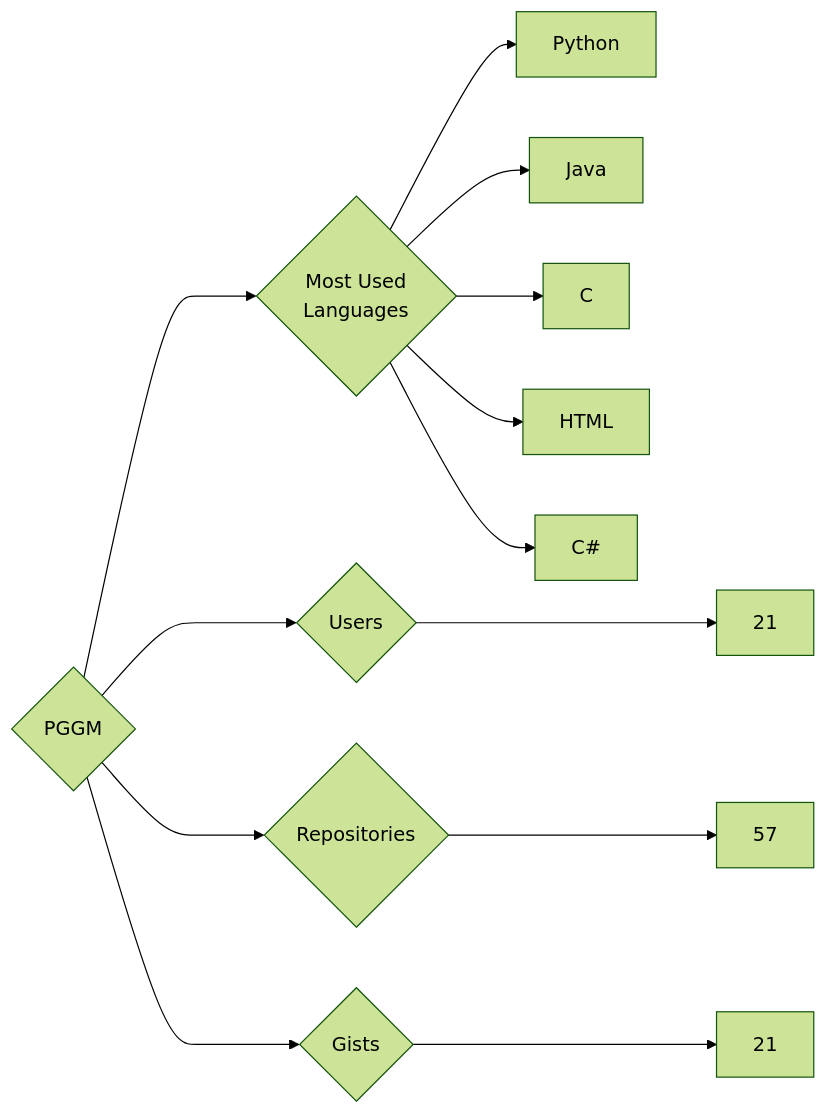
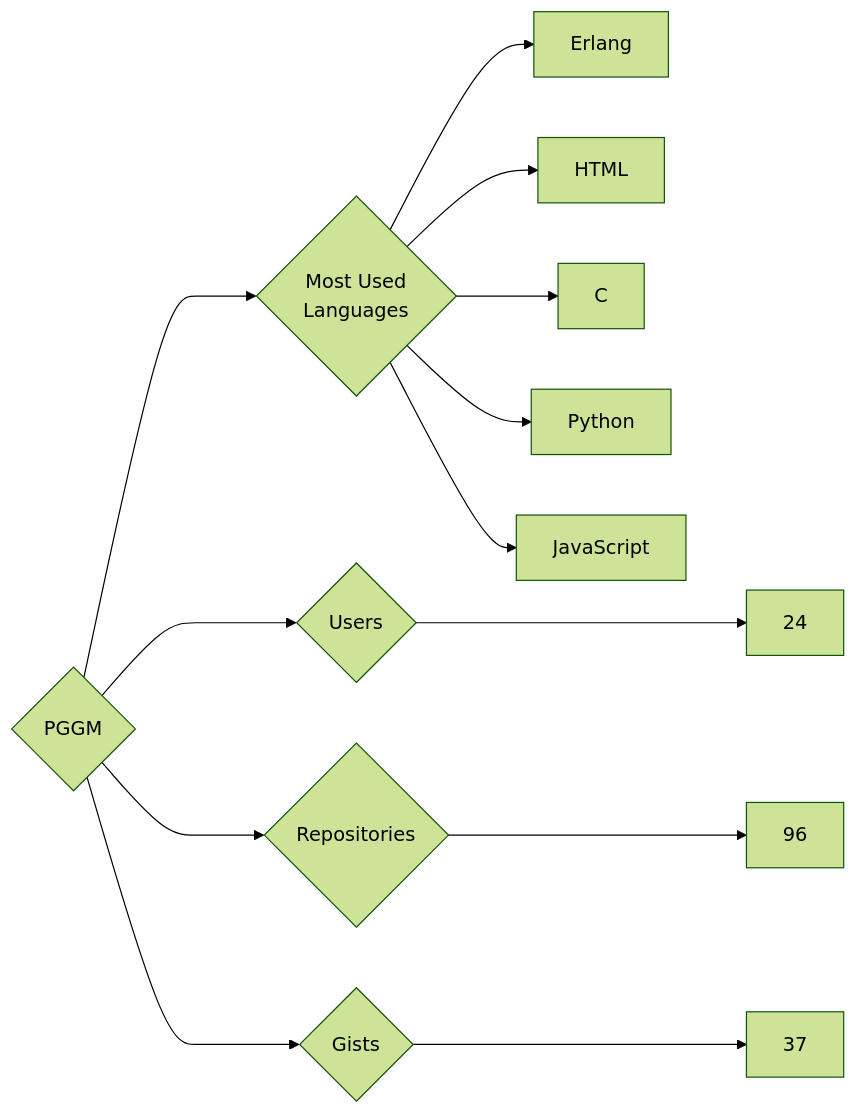
The diagram in targets/PGGM/README.md (trickest/insiders), drawn with Mermaid (forest theme) before and after one commit. The commit also changed 871 other files, not shown here.

````diff
--- a/targets/PGGM/README.md
+++ b/targets/PGGM/README.md
@@ -3,13 +3,13 @@
 ```mermaid
 graph LR
 COMPANY_NAME{PGGM}
-COMPANY_NAME ---> U{Users} ---> UN[21]
-COMPANY_NAME ---> R{Repositories} ---> RN[57]
-COMPANY_NAME ---> G{Gists} ---> GN[21]
+COMPANY_NAME ---> U{Users} ---> UN[24]
+COMPANY_NAME ---> R{Repositories} ---> RN[96]
+COMPANY_NAME ---> G{Gists} ---> GN[37]
 COMPANY_NAME ---> ML{Most Used<br>Languages}
+ML --> Erlang[Erlang]
+ML --> HTML[HTML]
+ML --> C[C]
 ML --> Python[Python]
-ML --> Java[Java]
-ML --> C[C]
-ML --> HTML[HTML]
-ML --> C#[C#]
+ML --> JavaScript[JavaScript]
 ```
````
